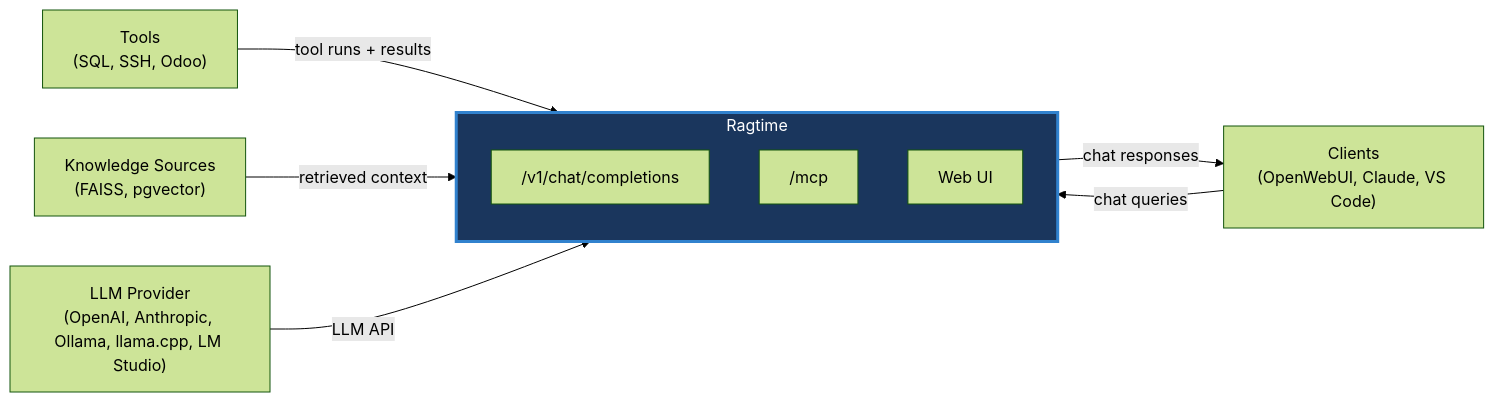
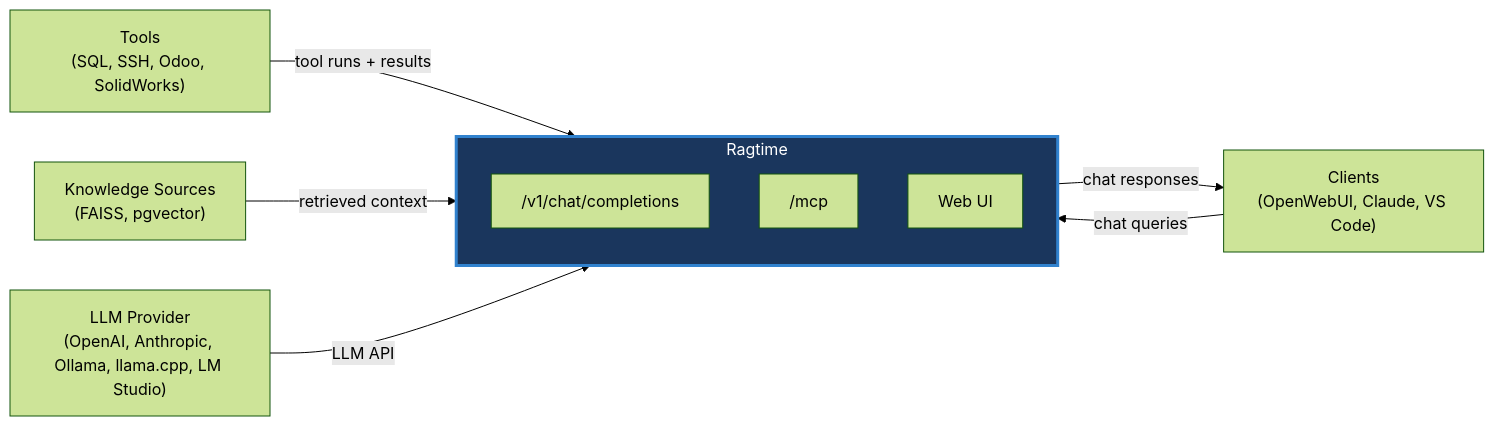
Before and after one commit to mattv8/ragtime: the diagram in README.md, drawn with Mermaid (forest theme). The commit also changed other lines of this file and 14 other files, not shown here.

````diff
--- a/README.md
+++ b/README.md
@@ -100,18 +101,18 @@
 ```mermaid
 flowchart LR
-  Tools["Tools<br/>(SQL, SSH, Odoo)"] -->|tool runs + results| Ragtime
+  Tools["Tools<br/>(SQL, SSH, Odoo, SolidWorks)"] -->|tool runs + results| Ragtime
   Context["Knowledge Sources<br/>(FAISS, pgvector)"] -->|retrieved context| Ragtime
   LLM["LLM Provider<br/>(OpenAI, Anthropic, Ollama, llama.cpp, LM Studio)"] -->|LLM API| Ragtime
 
   subgraph Ragtime["Ragtime"]
     direction TB
     API["/v1/chat/completions"]
     MCP["/mcp"]
     UI["Web UI"]
   end
 
   Ragtime -->|chat responses| Clients["Clients<br/>(OpenWebUI, Claude, VS Code)"]
   Clients -->|chat queries| Ragtime
 
   style Ragtime fill:#1a365d,stroke:#3182ce,stroke-width:3px,color:#fff
 ```
````
